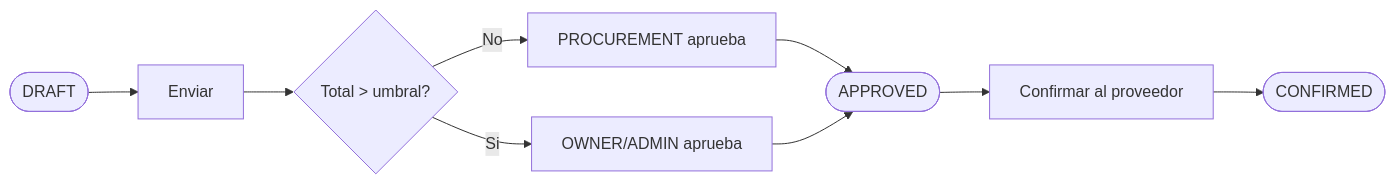
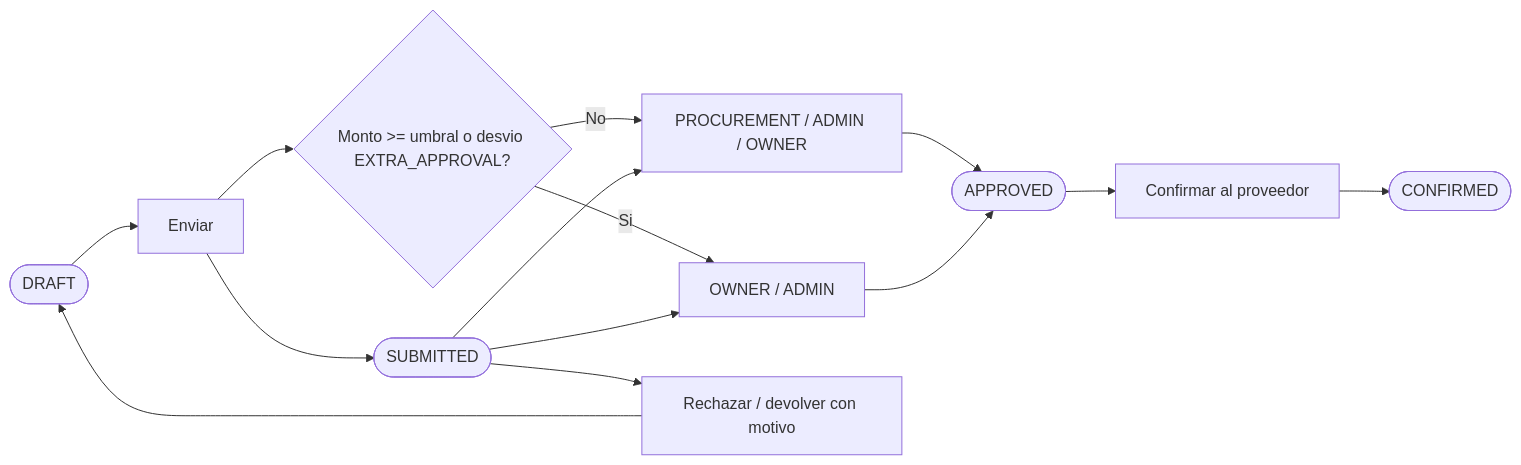
Before and after one commit to simonbravin/bloqer-v2: the second of 8 diagrams in docs/bloqer2.0/01-domain/APPROVAL_WORKFLOWS.md, drawn with Mermaid. The commit also changed other lines of this file and 43 other files, not shown here.

First line of the commit message:
feat(procurement): align OC/SC flow to D-050 with WBS, lead time and notifications

````diff
--- a/docs/bloqer2.0/01-domain/APPROVAL_WORKFLOWS.md
+++ b/docs/bloqer2.0/01-domain/APPROVAL_WORKFLOWS.md
@@ -52,11 +54,16 @@
 ```mermaid
 flowchart LR
   Draft([DRAFT]) --> Submit[Enviar]
-  Submit --> Check{Total > umbral?}
-  Check -- "No" --> AppDirect[PROCUREMENT aprueba]
-  Check -- "Si" --> AppHigh[OWNER/ADMIN aprueba]
-  AppDirect --> Approved([APPROVED])
+  Submit --> Check{"Monto >= umbral o desvio EXTRA_APPROVAL?"}
+  Check -- "No" --> AppStd[PROCUREMENT / ADMIN / OWNER]
+  Check -- "Si" --> AppHigh[OWNER / ADMIN]
+  AppStd --> Approved([APPROVED])
   AppHigh --> Approved
+  Submit --> Pending([SUBMITTED])
+  Pending --> AppHigh
+  Pending --> AppStd
+  Pending --> Reject[Rechazar / devolver con motivo]
+  Reject --> Draft
   Approved --> Confirm[Confirmar al proveedor]
   Confirm --> Confirmed([CONFIRMED])
 ```
````
